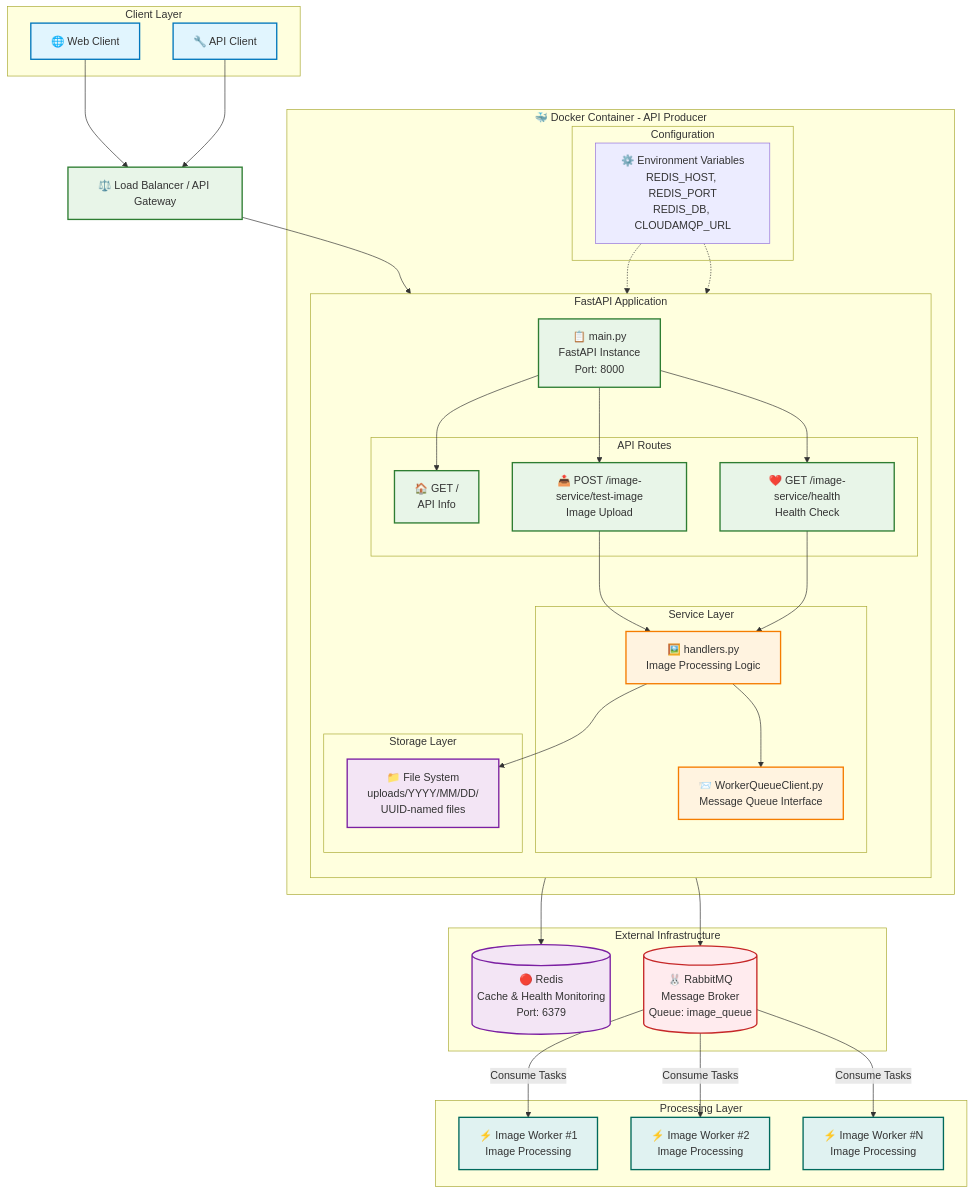
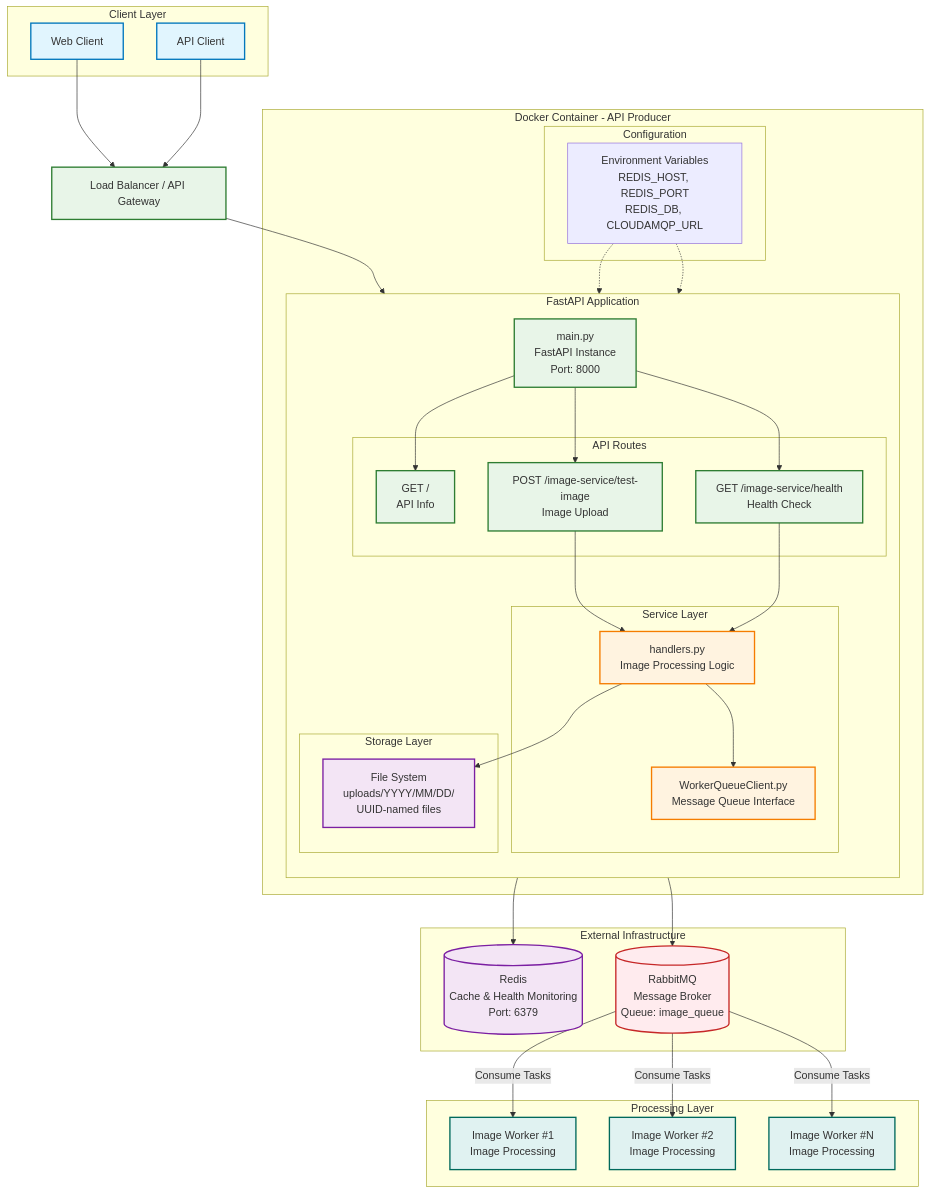
One commit to PuemMTH/poc_grpc changed the diagram in src/client/api-producer/README.MD. Above: the diagram before and after it, drawn with Mermaid. The commit also changed other lines of this file and 9 other files, not shown here.

```diff
--- a/src/client/api-producer/README.MD
+++ b/src/client/api-producer/README.MD
@@ -4,79 +4,79 @@
 flowchart TB
     %% Client Layer
     subgraph "Client Layer"
-        WebClient[🌐 Web Client]
-        APIClient[🔧 API Client]
+        WebClient[Web Client]
+        APIClient[API Client]
     end
-    
+
     %% Load Balancer / Gateway
-    LB[⚖️ Load Balancer / API Gateway]
-    
+    LB[Load Balancer / API Gateway]
+
     %% FastAPI Application Container
-    subgraph Docker["🐳 Docker Container - API Producer"]
+    subgraph Docker["Docker Container - API Producer"]
         subgraph "FastAPI Application"
             direction TB
-            MainApp[📋 main.py<br/>FastAPI Instance<br/>Port: 8000]
-            
+            MainApp[main.py<br/>FastAPI Instance<br/>Port: 8000]
+
             subgraph "API Routes"
-                RootEndpoint[🏠 GET /<br/>API Info]
-                HealthEndpoint[❤️ GET /image-service/health<br/>Health Check]
-                UploadEndpoint[📤 POST /image-service/test-image<br/>Image Upload]
+                RootEndpoint[GET /<br/>API Info]
+                HealthEndpoint[GET /image-service/health<br/>Health Check]
+                UploadEndpoint[POST /image-service/test-image<br/>Image Upload]
             end
-            
+
             subgraph "Service Layer"
-                ImageHandler[🖼️ handlers.py<br/>Image Processing Logic]
-                QueueClient[📨 WorkerQueueClient.py<br/>Message Queue Interface]
+                ImageHandler[handlers.py<br/>Image Processing Logic]
+                QueueClient[WorkerQueueClient.py<br/>Message Queue Interface]
             end
-            
+
             subgraph "Storage Layer"
-                FileManager[📁 File System<br/>uploads/YYYY/MM/DD/<br/>UUID-named files]
+                FileManager[File System<br/>uploads/YYYY/MM/DD/<br/>UUID-named files]
             end
         end
-        
+
         subgraph "Configuration"
-            EnvVars[⚙️ Environment Variables<br/>REDIS_HOST, REDIS_PORT<br/>REDIS_DB, CLOUDAMQP_URL]
+            EnvVars[Environment Variables<br/>REDIS_HOST, REDIS_PORT<br/>REDIS_DB, CLOUDAMQP_URL]
         end
     end
-    
+
     %% External Services
     subgraph "External Infrastructure"
-        Redis[(🔴 Redis<br/>Cache & Health Monitoring<br/>Port: 6379)]
-        RabbitMQ[(🐰 RabbitMQ<br/>Message Broker<br/>Queue: image_queue)]
+        Redis[(Redis<br/>Cache & Health Monitoring<br/>Port: 6379)]
+        RabbitMQ[(RabbitMQ<br/>Message Broker<br/>Queue: image_queue)]
     end
-    
+
     %% Worker Services
     subgraph "Processing Layer"
-        Worker1[⚡ Image Worker #1<br/>Image Processing]
-        Worker2[⚡ Image Worker #2<br/>Image Processing]
-        WorkerN[⚡ Image Worker #N<br/>Image Processing]
+        Worker1[Image Worker #1<br/>Image Processing]
+        Worker2[Image Worker #2<br/>Image Processing]
+        WorkerN[Image Worker #N<br/>Image Processing]
     end
-    
+
     %% Connections
     WebClient --> LB
     APIClient --> LB
-    
+
     LB --> MainApp
-    
+
     MainApp --> RootEndpoint
     MainApp --> HealthEndpoint
     MainApp --> UploadEndpoint
-    
+
     UploadEndpoint --> ImageHandler
     HealthEndpoint --> ImageHandler
-    
+
     ImageHandler --> QueueClient
     ImageHandler --> FileManager
     ImageHandler --> Redis
-    
+
     QueueClient --> RabbitMQ
-    
+
     RabbitMQ -->|Consume Tasks| Worker1
     RabbitMQ -->|Consume Tasks| Worker2
     RabbitMQ -->|Consume Tasks| WorkerN
-    
+
     EnvVars -.-> ImageHandler
     EnvVars -.-> QueueClient
-    
+
     %% Styling
     classDef clientLayer fill:#E1F5FE,stroke:#0277BD,stroke-width:2px
     classDef apiLayer fill:#E8F5E8,stroke:#2E7D32,stroke-width:2px
@@ -84,7 +84,7 @@
     classDef storageLayer fill:#F3E5F5,stroke:#7B1FA2,stroke-width:2px
     classDef infrastructure fill:#FFEBEE,stroke:#C62828,stroke-width:2px
     classDef processing fill:#E0F2F1,stroke:#00695C,stroke-width:2px
-    
+
     class WebClient,MobileApp,APIClient clientLayer
     class LB,MainApp,RootEndpoint,HealthEndpoint,UploadEndpoint apiLayer
     class ImageHandler,QueueClient serviceLayer
```
